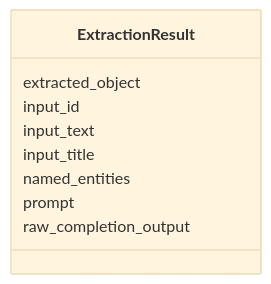
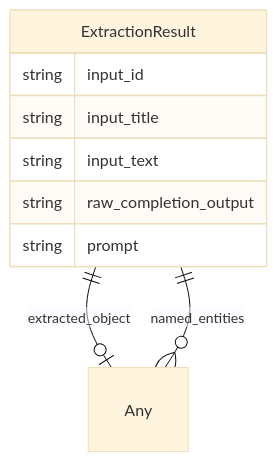
Before and after one commit to monarch-initiative/ontogpt: the diagram in docs/recipe/ExtractionResult.md, drawn with Mermaid (base theme). The commit also changed 52 other files, not shown here.

````diff
--- a/docs/recipe/ExtractionResult.md
+++ b/docs/recipe/ExtractionResult.md
@@ -10,12 +10,17 @@
 ```mermaid
- classDiagram
-    class ExtractionResult
-      ExtractionResult : extracted_object
-      ExtractionResult : input_id
-      ExtractionResult : input_text
-      ExtractionResult : input_title
-      ExtractionResult : named_entities
-      ExtractionResult : prompt
-      ExtractionResult : raw_completion_output
-      
+erDiagram
+ExtractionResult {
+    string input_id  
+    string input_title  
+    string input_text  
+    string raw_completion_output  
+    string prompt  
+}
+Any {
+
+}
+
+ExtractionResult ||--|o Any : "extracted_object"
+ExtractionResult ||--}o Any : "named_entities"
+
 ```
````
